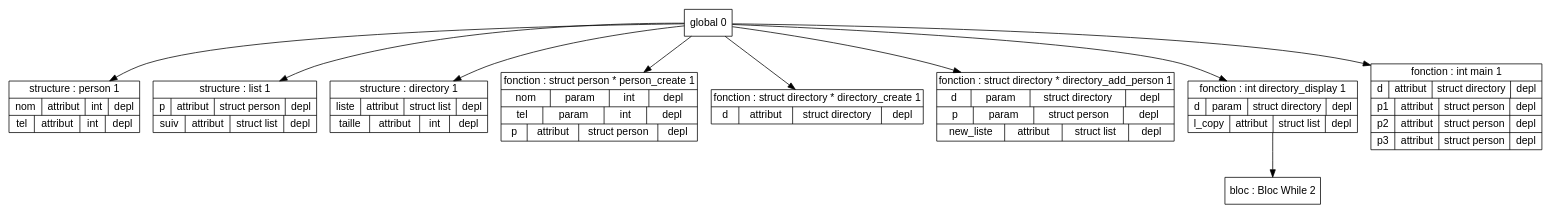
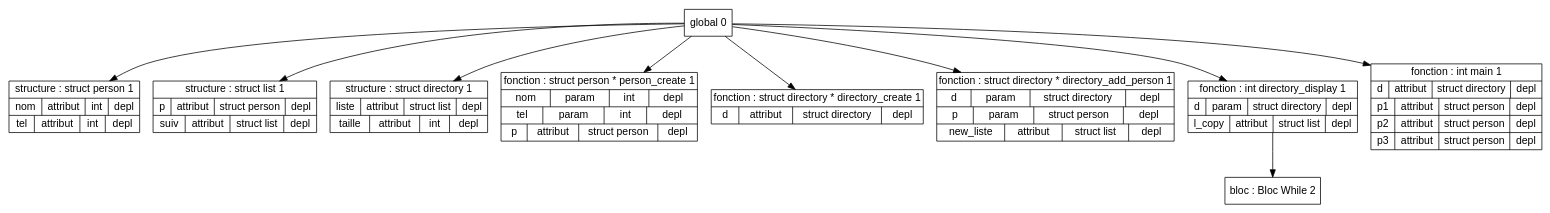
Before and after one commit to Hamza-ABDOULHOUSSEN/compil: the diagram in Code/out/tds/dot/Test_Semantique/annuaire.dot, drawn with Graphviz. The commit also changed 196 other files, not shown here.

```diff
--- a/Code/out/tds/dot/Test_Semantique/annuaire.dot
+++ b/Code/out/tds/dot/Test_Semantique/annuaire.dot
@@ -1,64 +1,64 @@
 digraph "tds"{
 
 	node [fontname="Arial"];
 
-	N1 [shape=record label="{ structure : person 1
+	N1 [shape=record label="{ structure : struct person 1
 	| { nom | attribut | int | depl }
 	| { tel | attribut | int | depl }
 	}"];
 
-	N2 [shape=record label="{ structure : list 1
+	N2 [shape=record label="{ structure : struct list 1
 	| { p | attribut | struct person | depl }
 	| { suiv | attribut | struct list | depl }
 	}"];
 
-	N3 [shape=record label="{ structure : directory 1
+	N3 [shape=record label="{ structure : struct directory 1
 	| { liste | attribut | struct list | depl }
 	| { taille | attribut | int | depl }
 	}"];
 
 	N4 [shape=record label="{ fonction : struct person * person_create 1
 	| { nom | param | int | depl }
 	| { tel | param | int | depl }
 	| { p | attribut | struct person | depl }
 	}"];
 
 	N5 [shape=record label="{ fonction : struct directory * directory_create 1
 	| { d | attribut | struct directory | depl }
 	}"];
 
 	N6 [shape=record label="{ fonction : struct directory * directory_add_person 1
 	| { d | param | struct directory | depl }
 	| { p | param | struct person | depl }
 	| { new_liste | attribut | struct list | depl }
 	}"];
 
 	N8 [shape=record label="{ bloc : Bloc While  2
 	}"];
 
 	N7 [shape=record label="{ fonction : int directory_display 1
 	| { d | param | struct directory | depl }
 	| { l_copy | attribut | struct list | depl }
 	}"];
 
 	N9 [shape=record label="{ fonction : int main 1
 	| { d | attribut | struct directory | depl }
 	| { p1 | attribut | struct person | depl }
 	| { p2 | attribut | struct person | depl }
 	| { p3 | attribut | struct person | depl }
 	}"];
 
 	N0 [shape=record label="{ global 0
 	}"];
 
 
 	N0 -> N1; 
 	N0 -> N2; 
 	N0 -> N3; 
 	N0 -> N4; 
 	N0 -> N5; 
 	N0 -> N6; 
 	N0 -> N7; 
 	N7 -> N8; 
 	N0 -> N9; 
 }
```
